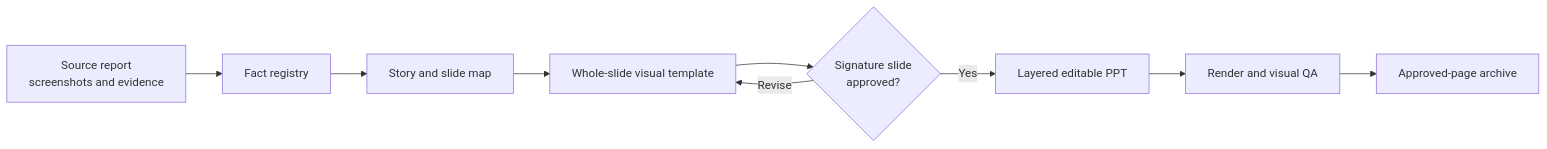
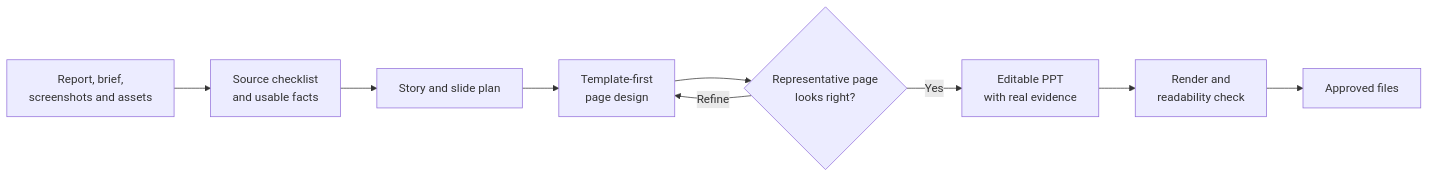
The diagram in README.md (che626/competition-ppt-template-first-skill), drawn with Mermaid before and after one commit. The commit also changed other lines of this file and 4 other files, not shown here.

````diff
--- a/README.md
+++ b/README.md
@@ -16,11 +16,11 @@
 ```mermaid
 flowchart LR
-    A[Source report<br/>screenshots and evidence] --> B[Fact registry]
-    B --> C[Story and slide map]
-    C --> D[Whole-slide visual template]
-    D --> E{Signature slide<br/>approved?}
-    E -- Revise --> D
-    E -- Yes --> F[Layered editable PPT]
-    F --> G[Render and visual QA]
-    G --> H[Approved-page archive]
+    A[Report, brief,<br/>screenshots and assets] --> B[Source checklist<br/>and usable facts]
+    B --> C[Story and slide plan]
+    C --> D[Template-first<br/>page design]
+    D --> E{Representative page<br/>looks right?}
+    E -- Refine --> D
+    E -- Yes --> F[Editable PPT<br/>with real evidence]
+    F --> G[Render and<br/>readability check]
+    G --> H[Approved files]
 ```
````
